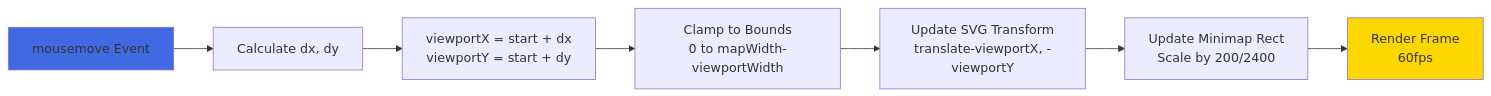
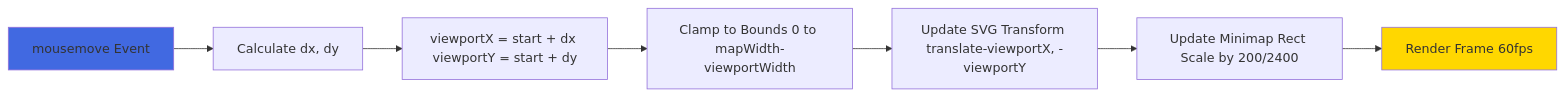
The fifth of 10 diagrams in wiki/Data-Flow.md (softwarewrighter/rts_mock), drawn with Mermaid before and after one commit. The commit also changed other lines of this file and 5 other files, not shown here.

First line of the commit message:
Fix wiki Mermaid diagrams: remove <br/> tags

````diff
--- a/wiki/Data-Flow.md
+++ b/wiki/Data-Flow.md
@@ -221,12 +221,12 @@
 ```mermaid
 graph LR
     A[mousemove Event] --> B[Calculate dx, dy]
-    B --> C[viewportX = start + dx<br/>viewportY = start + dy]
-    C --> D[Clamp to Bounds<br/>0 to mapWidth-viewportWidth]
-    D --> E[Update SVG Transform<br/>translate-viewportX, -viewportY]
-    E --> F[Update Minimap Rect<br/>Scale by 200/2400]
-    F --> G[Render Frame<br/>60fps]
+    B --> C[viewportX = start + dx viewportY = start + dy]
+    C --> D[Clamp to Bounds 0 to mapWidth-viewportWidth]
+    D --> E[Update SVG Transform translate-viewportX, -viewportY]
+    E --> F[Update Minimap Rect Scale by 200/2400]
+    F --> G[Render Frame 60fps]
 
     style A fill:#4169E1
     style G fill:#FFD700
 ```
````
